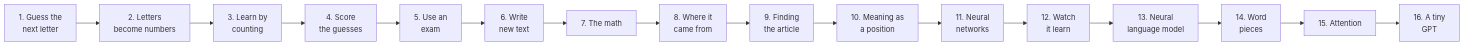
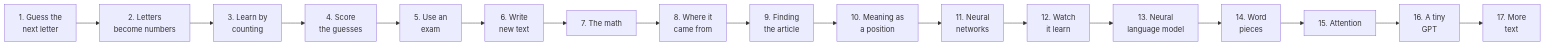
One commit to Falconiere/agavus changed the diagram in learning/README.md. Above: the diagram before and after it, drawn with Mermaid. The commit also changed other lines of this file and 6 other files, not shown here.

````diff
--- a/learning/README.md
+++ b/learning/README.md
@@ -6,18 +6,19 @@
 ```mermaid
 flowchart LR
   A["1. Guess the<br/>next letter"] --> B["2. Letters<br/>become numbers"]
   B --> C["3. Learn by<br/>counting"]
   C --> D["4. Score<br/>the guesses"]
   D --> E["5. Use an<br/>exam"]
   E --> F["6. Write<br/>new text"]
   F --> G["7. The math"]
   G --> H["8. Where it<br/>came from"]
   H --> I["9. Finding<br/>the article"]
   I --> J["10. Meaning as<br/>a position"]
   J --> K["11. Neural<br/>networks"]
   K --> L["12. Watch<br/>it learn"]
   L --> M["13. Neural<br/>language model"]
   M --> N["14. Word<br/>pieces"]
   N --> O["15. Attention"]
   O --> P["16. A tiny<br/>GPT"]
+  P --> Q["17. More<br/>text"]
 ```
````
